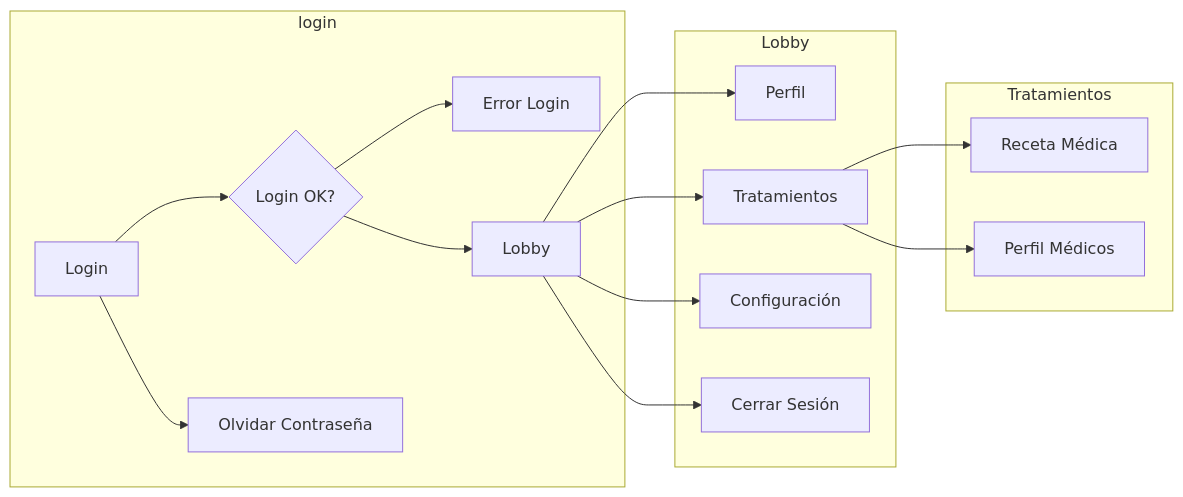
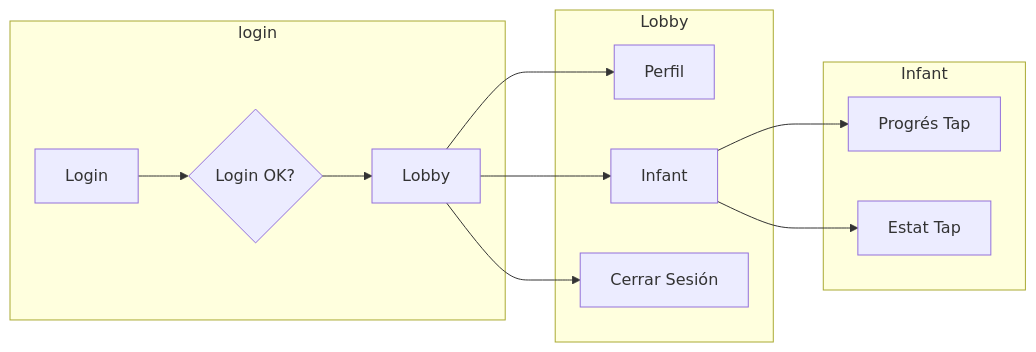
One commit to atlas-74/tapatapp changed the diagram in charts/DiagramaFluxeWireframe.mermaid. Above: the diagram before and after it, drawn with Mermaid.

```diff
--- a/charts/DiagramaFluxeWireframe.mermaid
+++ b/charts/DiagramaFluxeWireframe.mermaid
@@ -1,19 +1,16 @@
 flowchart LR
     subgraph login
         A[Login] --> B{Login OK?}
-        B --> D[Error Login]
         B --> C[Lobby]
-        A --> N[Olvidar Contraseña]
     end
 
     subgraph Lobby
         C --> H[Perfil]
-        C --> J[Tratamientos]
-        C --> L[Configuración]
+        C --> J[Infant]
         C --> M[Cerrar Sesión]
     end
 
-    subgraph Tratamientos
-        J --> O[Receta Médica]
-        J --> P[Perfil Médicos]
+    subgraph Infant
+        J --> O[Progrés Tap]
+        J --> P[Estat Tap]
     end
```
